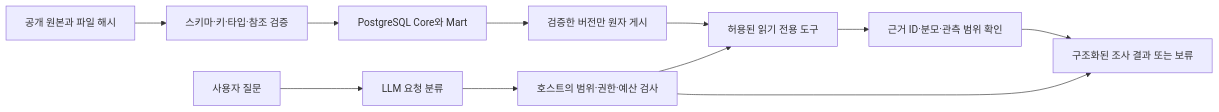
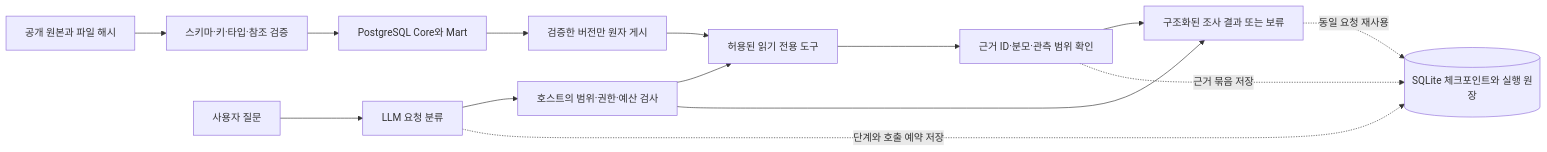
The diagram in README.md (masondev1024/agentic-marketing-data-pipeline), drawn with Mermaid before and after one commit. The commit also changed other lines of this file and 29 other files, not shown here.

````diff
--- a/README.md
+++ b/README.md
@@ -27,13 +27,16 @@
 ```mermaid
 flowchart LR
     A[공개 원본과 파일 해시] --> B[스키마·키·타입·참조 검증]
     B --> C[PostgreSQL Core와 Mart]
     C --> D[검증한 버전만 원자 게시]
     Q[사용자 질문] --> P[LLM 요청 분류]
     P --> G[호스트의 범위·권한·예산 검사]
     G --> T[허용된 읽기 전용 도구]
     D --> T
     T --> E[근거 ID·분모·관측 범위 확인]
     E --> R[구조화된 조사 결과 또는 보류]
     G --> R
+    P -. 단계와 호출 예약 저장 .-> S[(SQLite 체크포인트와 실행 원장)]
+    E -. 근거 묶음 저장 .-> S
+    R -. 동일 요청 재사용 .-> S
 ```
````
